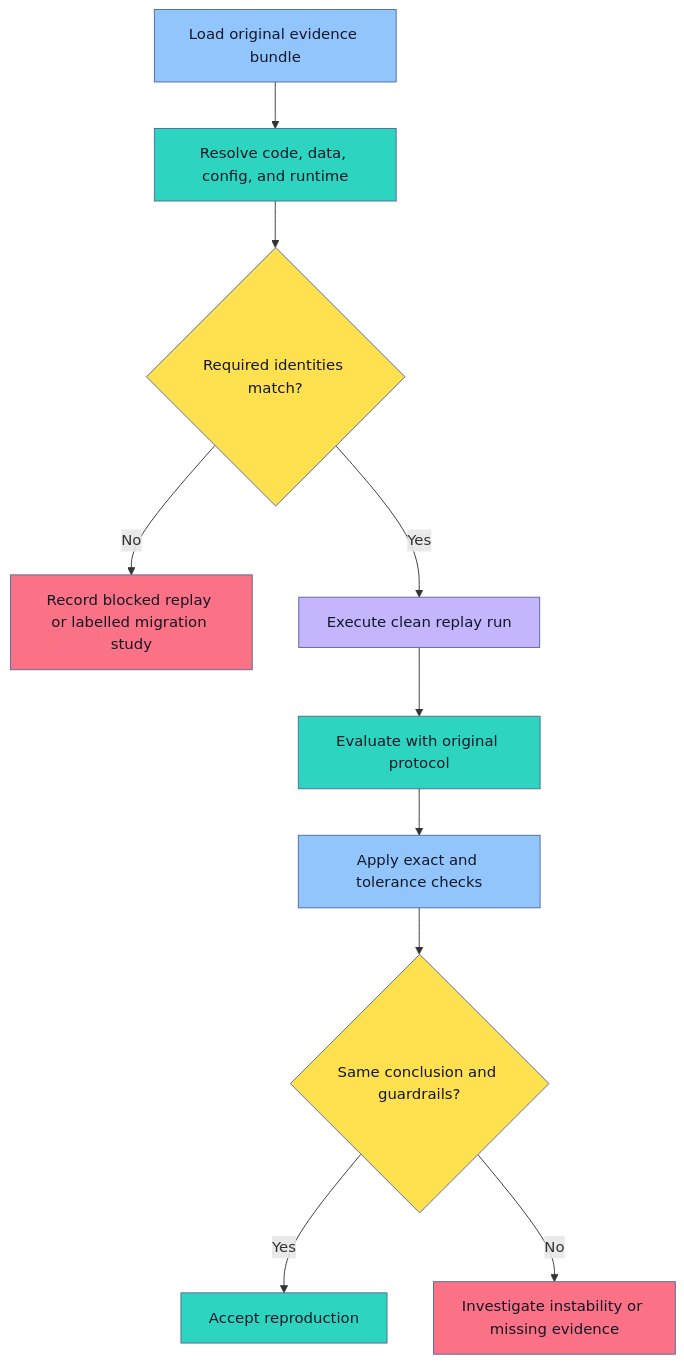
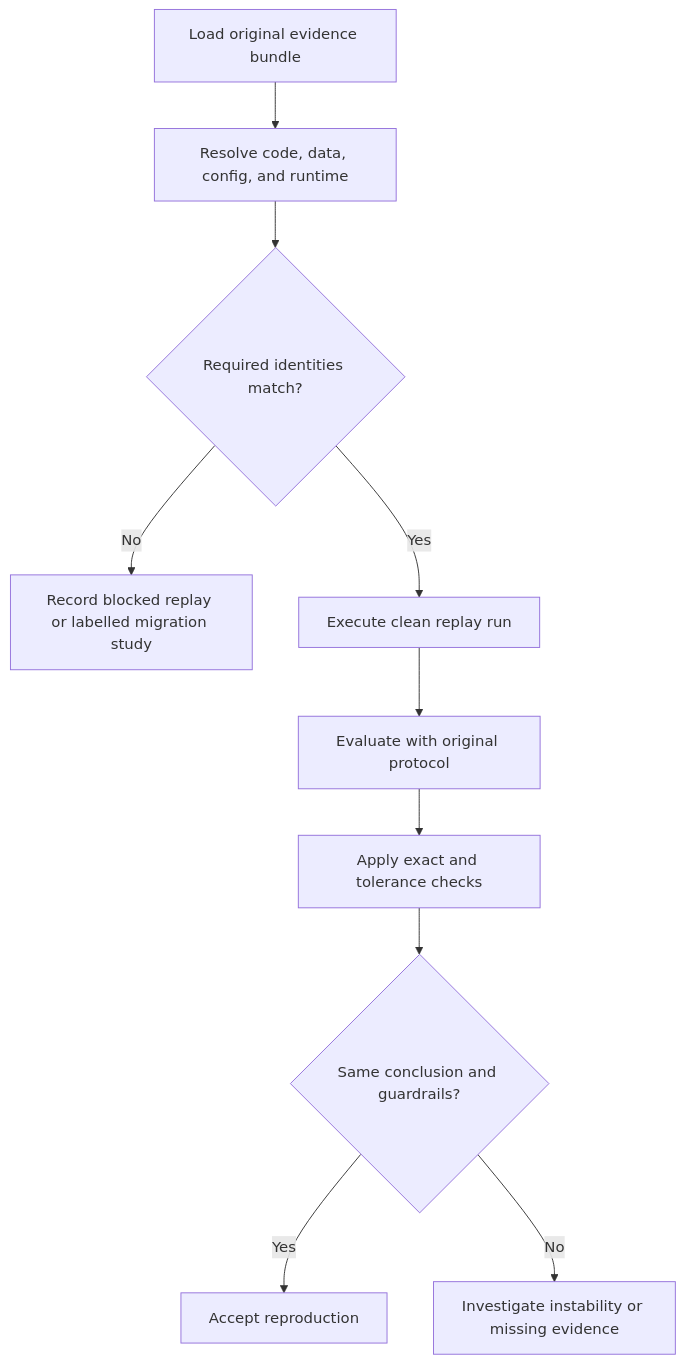
One commit to senlinyy/dev-roadmaps changed the ninth of 9 diagrams in roadmaps/mlops/modules/experiments-and-reproducibility/experiment-tracking/01-reproducible-ml-experiments.md. Above: the diagram before and after it, drawn with Mermaid. The commit also changed other lines of this file and 152 other files, not shown here.

Commit message:
feat: mlops and diagrams updated

````diff
--- a/roadmaps/mlops/modules/experiments-and-reproducibility/experiment-tracking/01-reproducible-ml-experiments.md
+++ b/roadmaps/mlops/modules/experiments-and-reproducibility/experiment-tracking/01-reproducible-ml-experiments.md
@@ -471,23 +471,23 @@
 ```mermaid
 flowchart TD
     A["Load original evidence bundle"] --> B["Resolve code, data, config, and runtime"]
     B --> C{"Required identities match?"}
     C -->|"No"| D["Record blocked replay or labelled migration study"]
     C -->|"Yes"| E["Execute clean replay run"]
     E --> F["Evaluate with original protocol"]
     F --> G["Apply exact and tolerance checks"]
     G --> H{"Same conclusion and guardrails?"}
     H -->|"Yes"| I["Accept reproduction"]
     H -->|"No"| J["Investigate instability or missing evidence"]
 
-    style A fill:#93C5FD,stroke:#536A9A,color:#111827
-    style B fill:#2DD4BF,stroke:#536A9A,color:#111827
-    style C fill:#FFE04F,stroke:#536A9A,color:#111827
-    style D fill:#FB7185,stroke:#536A9A,color:#111827
-    style E fill:#C4B5FD,stroke:#536A9A,color:#111827
-    style F fill:#2DD4BF,stroke:#536A9A,color:#111827
-    style G fill:#93C5FD,stroke:#536A9A,color:#111827
-    style H fill:#FFE04F,stroke:#536A9A,color:#111827
-    style I fill:#2DD4BF,stroke:#536A9A,color:#111827
-    style J fill:#FB7185,stroke:#536A9A,color:#111827
+    class A dp-mermaid-primary
+    class B dp-mermaid-secondary
+    class C dp-mermaid-tertiary
+    class D dp-mermaid-quaternary
+    class E dp-mermaid-primary
+    class F dp-mermaid-secondary
+    class G dp-mermaid-primary
+    class H dp-mermaid-tertiary
+    class I dp-mermaid-secondary
+    class J dp-mermaid-quaternary
 ```
````
